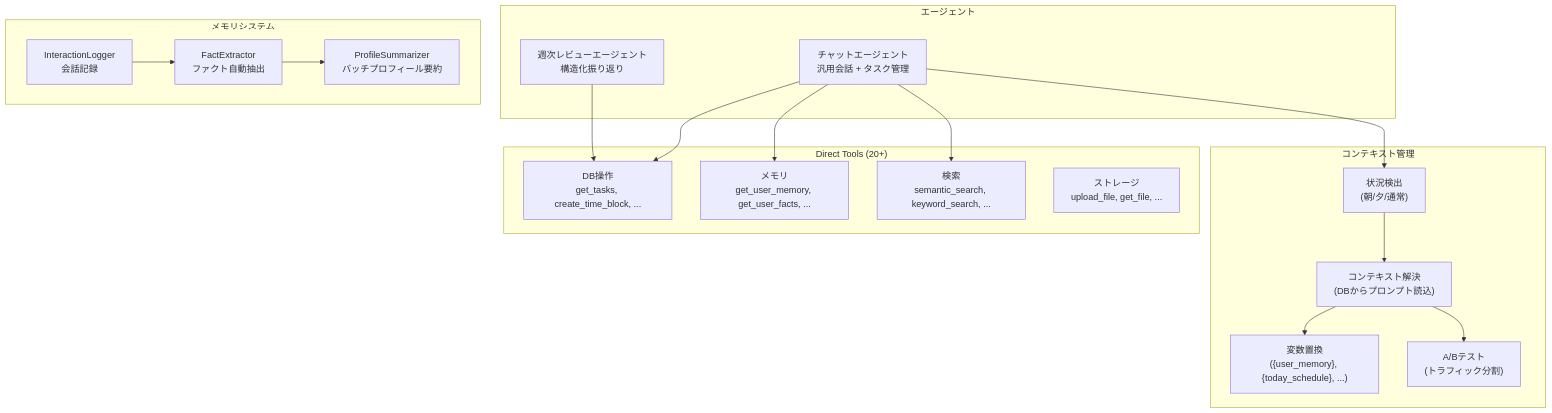
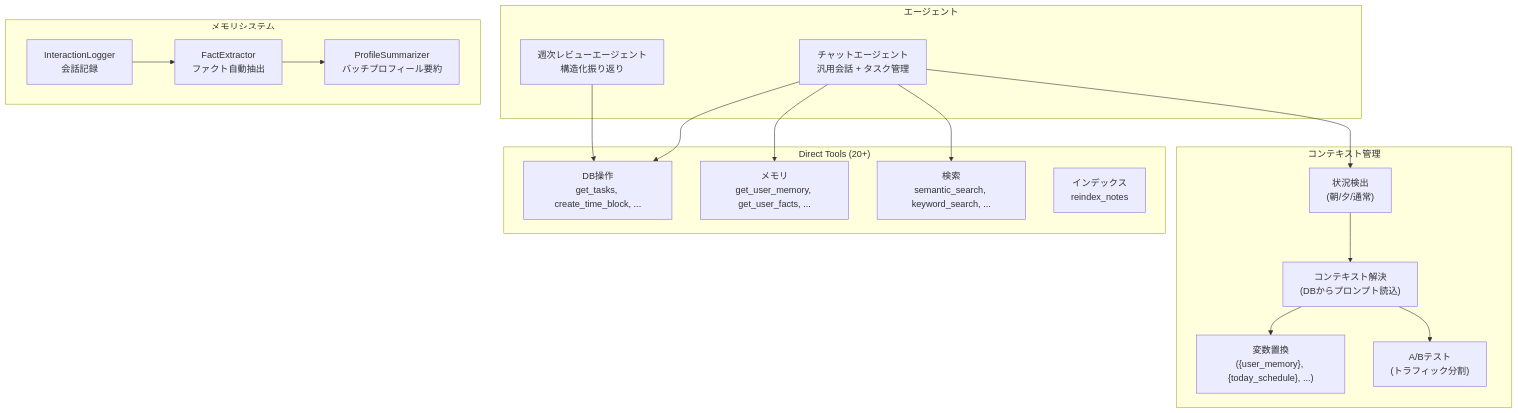
The tenth of 12 diagrams in ARCHITECTURE.md (yu-min3/kensan), drawn with Mermaid before and after one commit. The commit also changed other lines of this file and 55 other files, not shown here.

````diff
--- a/ARCHITECTURE.md
+++ b/ARCHITECTURE.md
@@ -558,39 +558,39 @@
 ```mermaid
 graph TB
     subgraph "エージェント"
         Chat["チャットエージェント<br/>汎用会話 + タスク管理"]
         Review["週次レビューエージェント<br/>構造化振り返り"]
     end
 
     subgraph "コンテキスト管理"
         Detect["状況検出<br/>(朝/夕/通常)"]
         Resolve["コンテキスト解決<br/>(DBからプロンプト読込)"]
         Replace["変数置換<br/>({user_memory}, {today_schedule}, ...)"]
         AB["A/Bテスト<br/>(トラフィック分割)"]
     end
 
     subgraph "Direct Tools (20+)"
         DBTools["DB操作<br/>get_tasks, create_time_block, ..."]
         MemTools["メモリ<br/>get_user_memory, get_user_facts, ..."]
         SearchTools["検索<br/>semantic_search, keyword_search, ..."]
-        StorageTools["ストレージ<br/>upload_file, get_file, ..."]
+        IndexTools["インデックス<br/>reindex_notes"]
     end
 
     subgraph "メモリシステム"
         Logger["InteractionLogger<br/>会話記録"]
         Extractor["FactExtractor<br/>ファクト自動抽出"]
         Summarizer["ProfileSummarizer<br/>バッチプロフィール要約"]
     end
 
     Chat --> Detect
     Detect --> Resolve
     Resolve --> Replace
     Resolve --> AB
     Chat --> DBTools
     Chat --> MemTools
     Chat --> SearchTools
     Review --> DBTools
 
     Logger --> Extractor
     Extractor --> Summarizer
 ```
````
